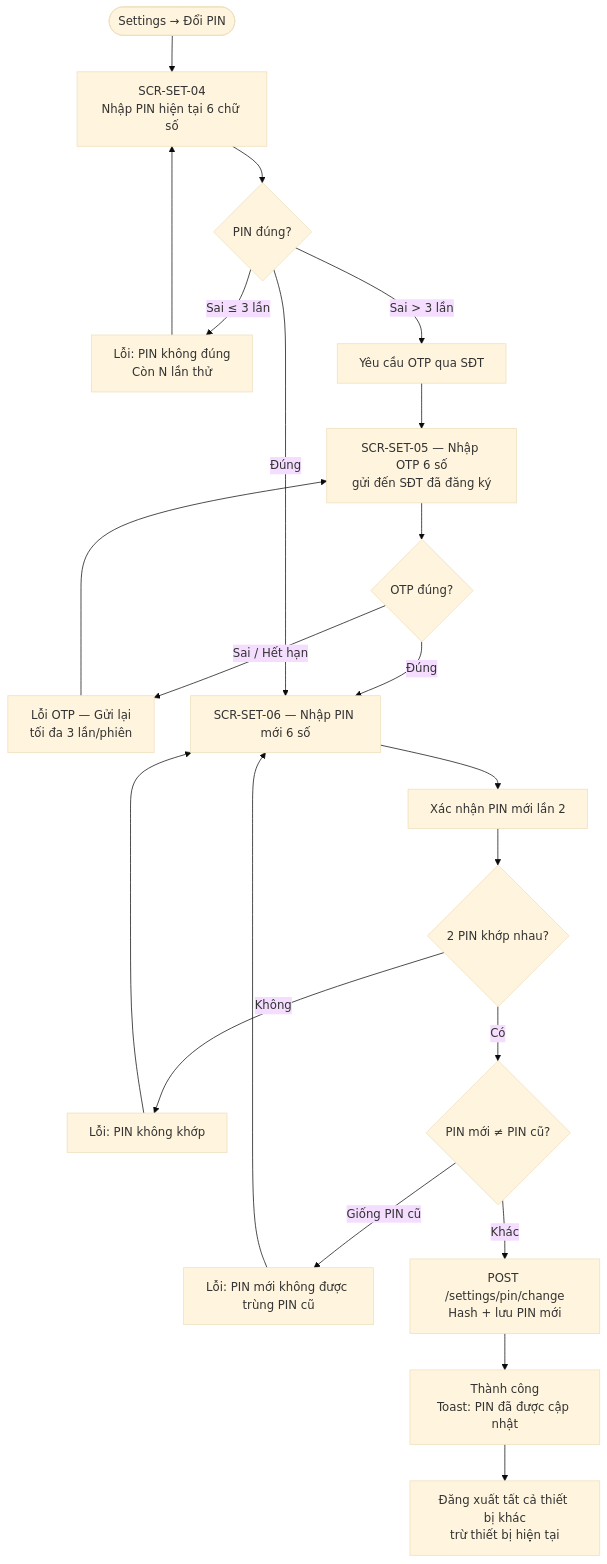
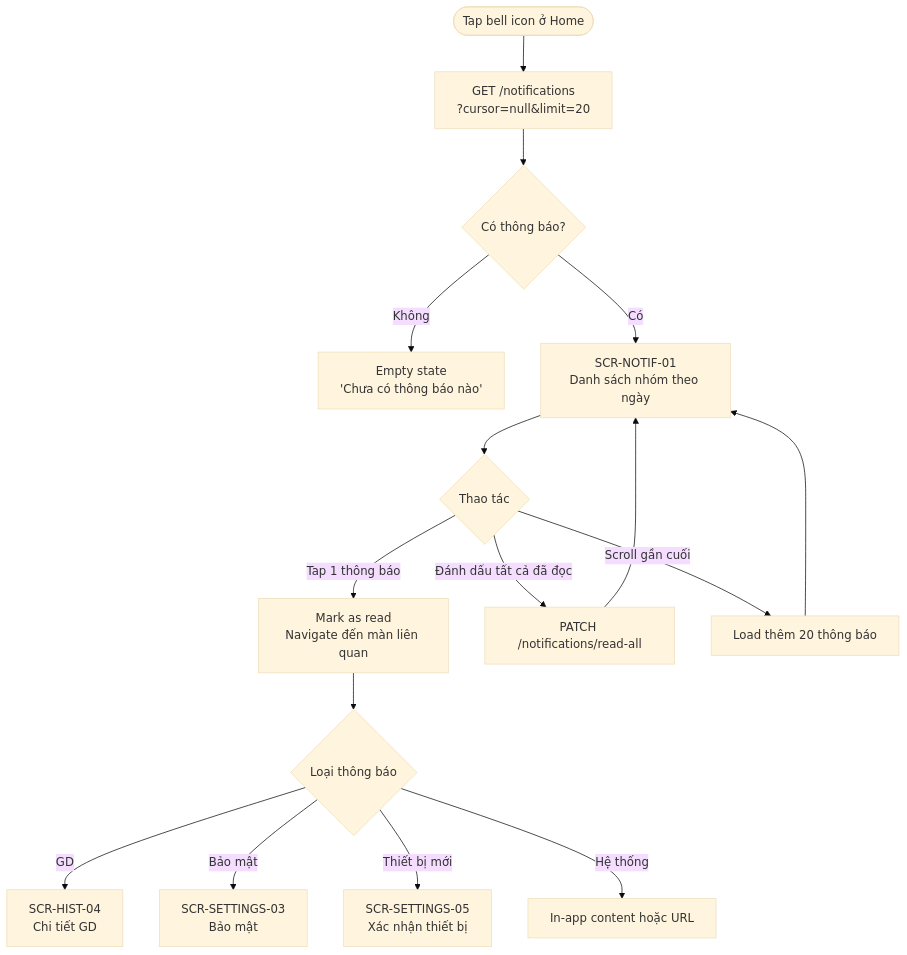
Before and after one commit to NDChinh36/ba-portfolio: the second of 8 diagrams in projects/ewallet/notifications-settings.mdx, drawn with Mermaid (base theme). The commit also changed other lines of this file, not shown here.

Commit message:
auto: update notifications-settings.mdx

````diff
--- a/projects/ewallet/notifications-settings.mdx
+++ b/projects/ewallet/notifications-settings.mdx
@@ -119,24 +100,18 @@
 ```mermaid
 flowchart TD
-    A([Settings → Đổi PIN]) --> B[SCR-SET-04\nNhập PIN hiện tại 6 chữ số]
-    B --> C{PIN đúng?}
-    C -->|Sai ≤ 3 lần| D[Lỗi: PIN không đúng\nCòn N lần thử]
-    D --> B
-    C -->|Sai > 3 lần| E[Yêu cầu OTP qua SĐT]
-    E --> F[SCR-SET-05 — Nhập OTP 6 số\ngửi đến SĐT đã đăng ký]
-    F --> G{OTP đúng?}
-    G -->|Sai / Hết hạn| H[Lỗi OTP — Gửi lại\ntối đa 3 lần/phiên]
-    H --> F
-    G -->|Đúng| I[SCR-SET-06 — Nhập PIN mới 6 số]
-    C -->|Đúng| I
-    I --> J[Xác nhận PIN mới lần 2]
-    J --> K{2 PIN khớp nhau?}
-    K -->|Không| L[Lỗi: PIN không khớp]
-    L --> I
-    K -->|Có| M{PIN mới ≠ PIN cũ?}
-    M -->|Giống PIN cũ| N[Lỗi: PIN mới không được trùng PIN cũ]
-    N --> I
-    M -->|Khác| O[POST /settings/pin/change\nHash + lưu PIN mới]
-    O --> P[Thành công\nToast: PIN đã được cập nhật]
-    P --> Q[Đăng xuất tất cả thiết bị khác\ntrừ thiết bị hiện tại]
+    A([Tap bell icon ở Home]) --> B[GET /notifications\n?cursor=null&limit=20]
+    B --> C{Có thông báo?}
+    C -- Không --> D[Empty state\n'Chưa có thông báo nào']
+    C -- Có --> E[SCR-NOTIF-01\nDanh sách nhóm theo ngày]
+    E --> F{Thao tác}
+    F -- Tap 1 thông báo --> G[Mark as read\nNavigate đến màn liên quan]
+    G --> H{Loại thông báo}
+    H -- GD --> I[SCR-HIST-04\nChi tiết GD]
+    H -- Bảo mật --> J[SCR-SETTINGS-03\nBảo mật]
+    H -- Thiết bị mới --> K[SCR-SETTINGS-05\nXác nhận thiết bị]
+    H -- Hệ thống --> L[In-app content hoặc URL]
+    F -- Đánh dấu tất cả đã đọc --> M[PATCH /notifications/read-all]
+    M --> E
+    F -- Scroll gần cuối --> N[Load thêm 20 thông báo]
+    N --> E
 ```
````
